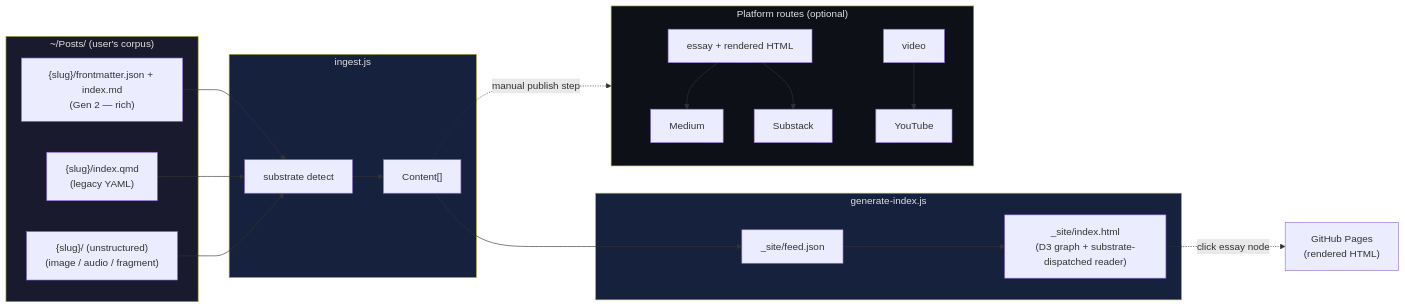
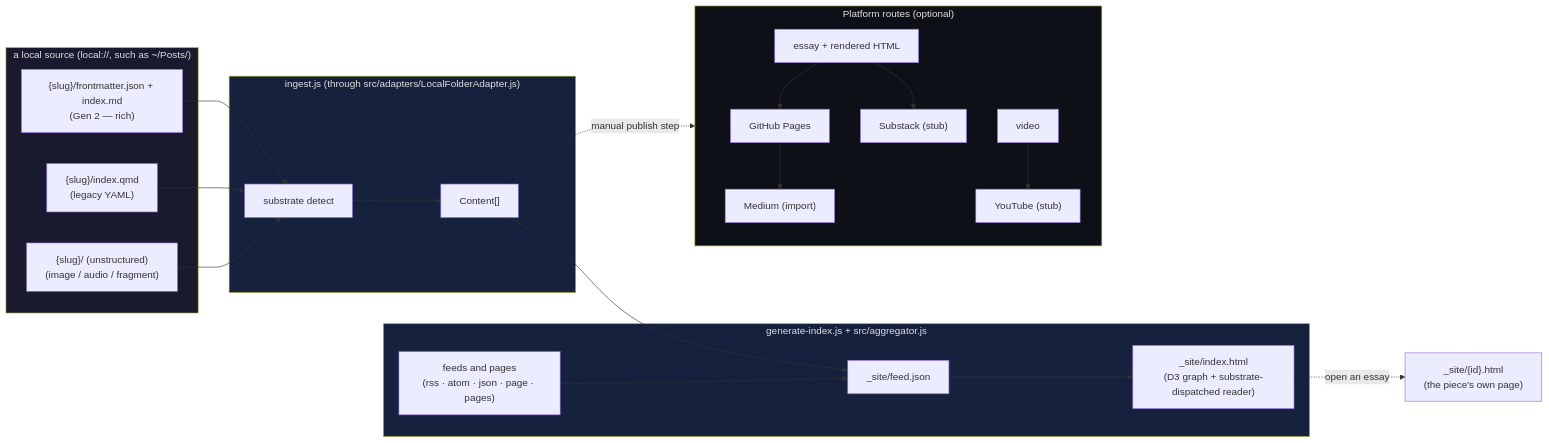
Before and after one commit to halapenyoharry/post-pipe: the diagram in ARCHITECTURE.md, drawn with Mermaid. The commit also changed other lines of this file and 14 other files, not shown here.

````diff
--- a/ARCHITECTURE.md
+++ b/ARCHITECTURE.md
@@ -15,34 +15,38 @@
 ```mermaid
 flowchart LR
-    subgraph ROOT["~/Posts/ (user's corpus)"]
+    subgraph ROOT["a local source (local://, such as ~/Posts/)"]
         G2["{slug}/frontmatter.json + index.md\n(Gen 2 — rich)"]
         G1["{slug}/index.qmd\n(legacy YAML)"]
         G0["{slug}/ (unstructured)\n(image / audio / fragment)"]
     end
 
-    subgraph INGEST["ingest.js"]
+    subgraph INGEST["ingest.js (through src/adapters/LocalFolderAdapter.js)"]
         G2 --> SCAN["substrate detect"]
         G1 --> SCAN
         G0 --> SCAN
         SCAN --> CONTENT["Content[]"]
     end
 
-    subgraph BUILD["generate-index.js"]
+    FEEDS["feeds and pages\n(rss · atom · json · page · pages)"]
+
+    subgraph BUILD["generate-index.js + src/aggregator.js"]
         CONTENT --> FEED["_site/feed.json"]
+        FEEDS --> FEED
         FEED --> VIEWER["_site/index.html\n(D3 graph + substrate-dispatched reader)"]
     end
 
     subgraph ROUTES["Platform routes (optional)"]
-        ESSAY["essay + rendered HTML"] --> MEDIUM["Medium"]
-        ESSAY --> SUBSTACK["Substack"]
-        VIDEO["video"] --> YOUTUBE["YouTube"]
+        ESSAY["essay + rendered HTML"] --> GHPAGES["GitHub Pages"]
+        GHPAGES --> MEDIUM["Medium (import)"]
+        ESSAY --> SUBSTACK["Substack (stub)"]
+        VIDEO["video"] --> YOUTUBE["YouTube (stub)"]
     end
 
-    VIEWER -.->|click essay node| GHPAGES["GitHub Pages\n(rendered HTML)"]
+    VIEWER -.->|open an essay| PAGE["_site/{id}.html\n(the piece's own page)"]
     CONTENT -.->|"manual publish step"| ROUTES
 
     style ROOT fill:#1a1a2e,color:#e0e0e0
     style INGEST fill:#16213e,color:#e0e0e0
     style BUILD fill:#16213e,color:#e0e0e0
     style ROUTES fill:#0d1117,color:#e0e0e0
 ```
````
